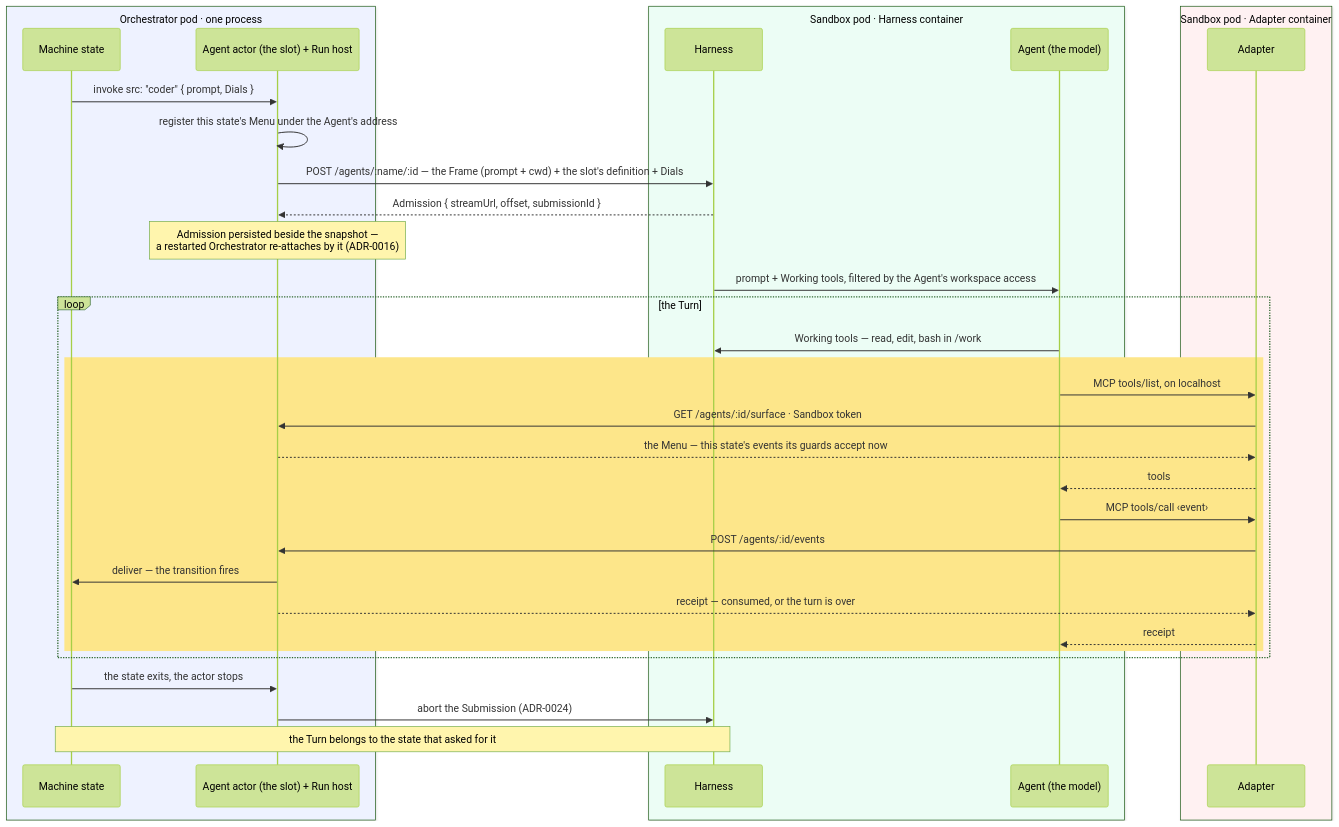
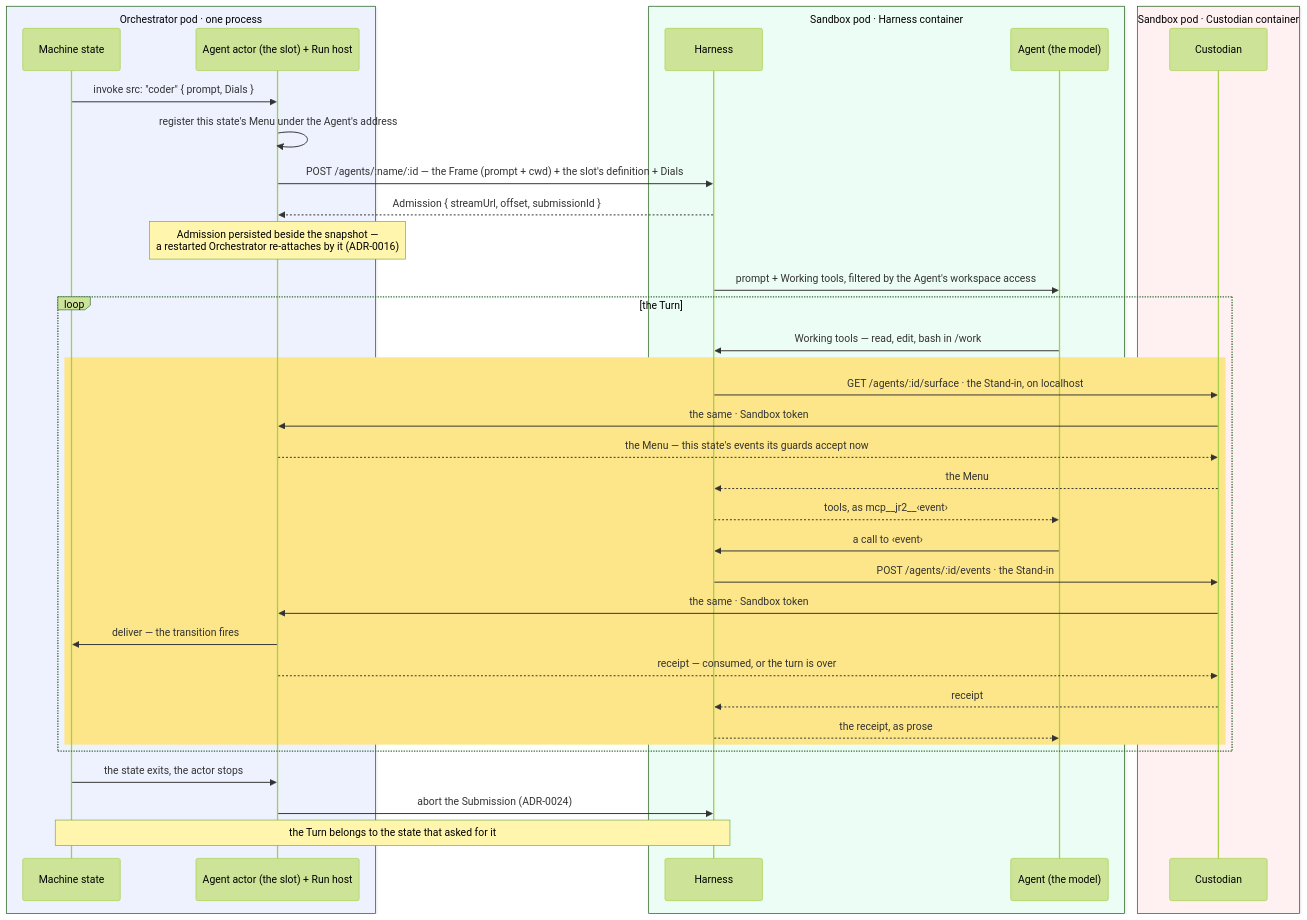
One commit to snapwich/jr2 changed the second of 4 diagrams in docs/architecture.md. Above: the diagram before and after it, drawn with Mermaid (forest theme). The commit also changed other lines of this file and 42 other files, not shown here.

````diff
--- a/docs/architecture.md
+++ b/docs/architecture.md
@@ -121,40 +127,43 @@
 ```mermaid
 sequenceDiagram
   box rgb(238, 242, 255) Orchestrator pod · one process
     participant S as Machine state
     participant A as Agent actor (the slot) + Run host
   end
   box rgb(236, 253, 245) Sandbox pod · Harness container
     participant H as Harness
     participant Ag as Agent (the model)
   end
-  box rgb(255, 241, 242) Sandbox pod · Adapter container
-    participant Ad as Adapter
+  box rgb(255, 241, 242) Sandbox pod · Custodian container
+    participant C as Custodian
   end
 
   S->>A: invoke src: "coder" { prompt, Dials }
   A->>A: register this state's Menu under the Agent's address
   A->>H: POST /agents/:name/:id — the Frame (prompt + cwd) + the slot's definition + Dials
   H-->>A: Admission { streamUrl, offset, submissionId }
   Note over A: Admission persisted beside the snapshot —<br/>a restarted Orchestrator re-attaches by it (ADR-0016)
 
   H->>Ag: prompt + Working tools, filtered by the Agent's workspace access
   loop the Turn
     Ag->>H: Working tools — read, edit, bash in /work
     rect rgb(253, 230, 138)
-      Ag->>Ad: MCP tools/list, on localhost
-      Ad->>A: GET /agents/:id/surface · Sandbox token
-      A-->>Ad: the Menu — this state's events its guards accept now
-      Ad-->>Ag: tools
-      Ag->>Ad: MCP tools/call ‹event›
-      Ad->>A: POST /agents/:id/events
+      H->>C: GET /agents/:id/surface · the Stand-in, on localhost
+      C->>A: the same · Sandbox token
+      A-->>C: the Menu — this state's events its guards accept now
+      C-->>H: the Menu
+      H-->>Ag: tools, as mcp__jr2__‹event›
+      Ag->>H: a call to ‹event›
+      H->>C: POST /agents/:id/events · the Stand-in
+      C->>A: the same · Sandbox token
       A->>S: deliver — the transition fires
-      A-->>Ad: receipt — consumed, or the turn is over
-      Ad-->>Ag: receipt
+      A-->>C: receipt — consumed, or the turn is over
+      C-->>H: receipt
+      H-->>Ag: the receipt, as prose
     end
   end
 
   S->>A: the state exits, the actor stops
   A->>H: abort the Submission (ADR-0024)
   Note over S,H: the Turn belongs to the state that asked for it
 ```
````
